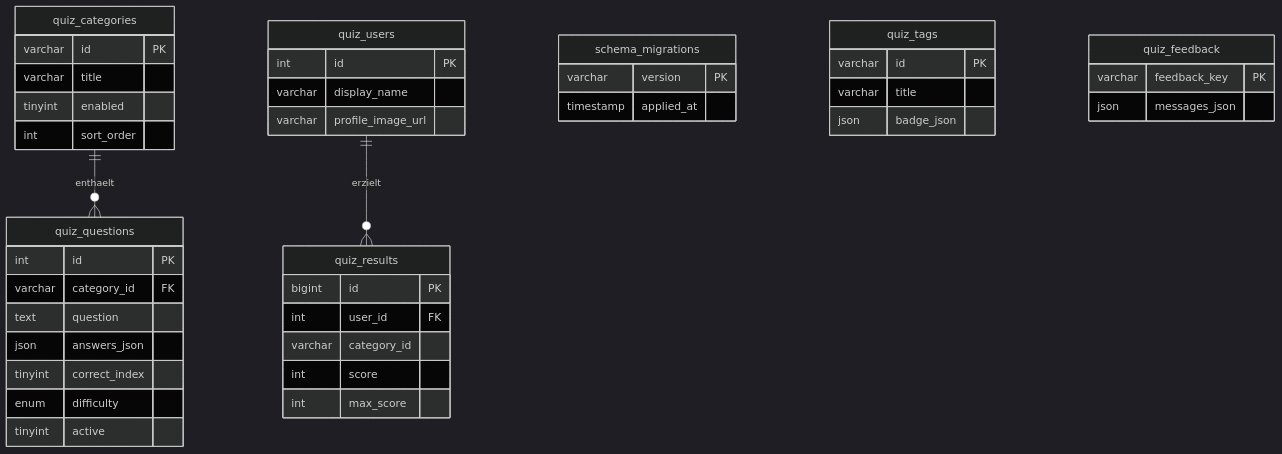
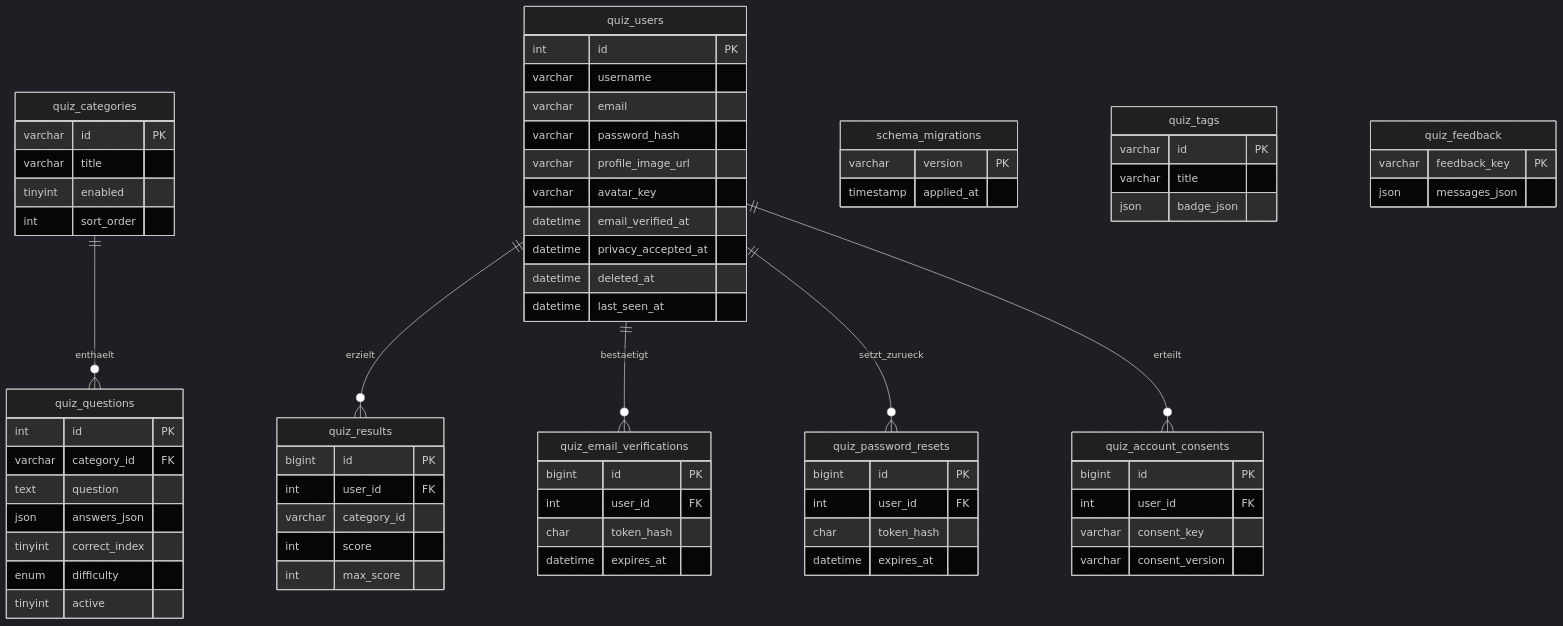
One commit to MatzeD84/quiz-hero changed the diagram in Readme.md. Above: the diagram before and after it, drawn with Mermaid (dark theme). The commit also changed other lines of this file and 38 other files, not shown here.

```diff
--- a/Readme.md
+++ b/Readme.md
@@ -23,6 +23,9 @@
 erDiagram
     quiz_categories ||--o{ quiz_questions : "enthaelt"
     quiz_users ||--o{ quiz_results : "erzielt"
+    quiz_users ||--o{ quiz_email_verifications : "bestaetigt"
+    quiz_users ||--o{ quiz_password_resets : "setzt_zurueck"
+    quiz_users ||--o{ quiz_account_consents : "erteilt"
 
     schema_migrations {
         varchar version PK
@@ -59,8 +62,36 @@
 
     quiz_users {
         int id PK
-        varchar display_name
+        varchar username
+        varchar email
+        varchar password_hash
         varchar profile_image_url
+        varchar avatar_key
+        datetime email_verified_at
+        datetime privacy_accepted_at
+        datetime deleted_at
+        datetime last_seen_at
+    }
+
+    quiz_email_verifications {
+        bigint id PK
+        int user_id FK
+        char token_hash
+        datetime expires_at
+    }
+
+    quiz_password_resets {
+        bigint id PK
+        int user_id FK
+        char token_hash
+        datetime expires_at
+    }
+
+    quiz_account_consents {
+        bigint id PK
+        int user_id FK
+        varchar consent_key
+        varchar consent_version
     }
 
     quiz_results {
```
